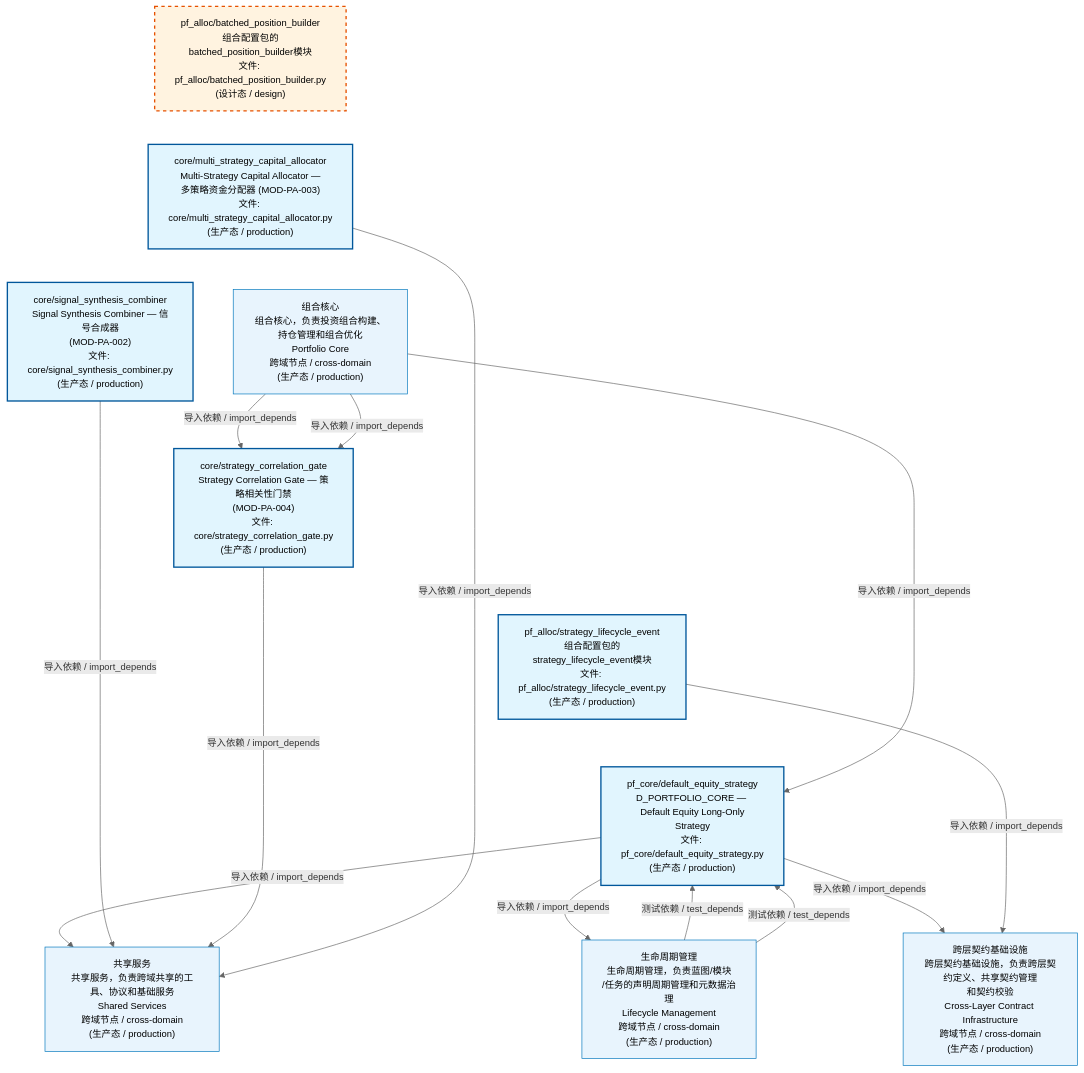
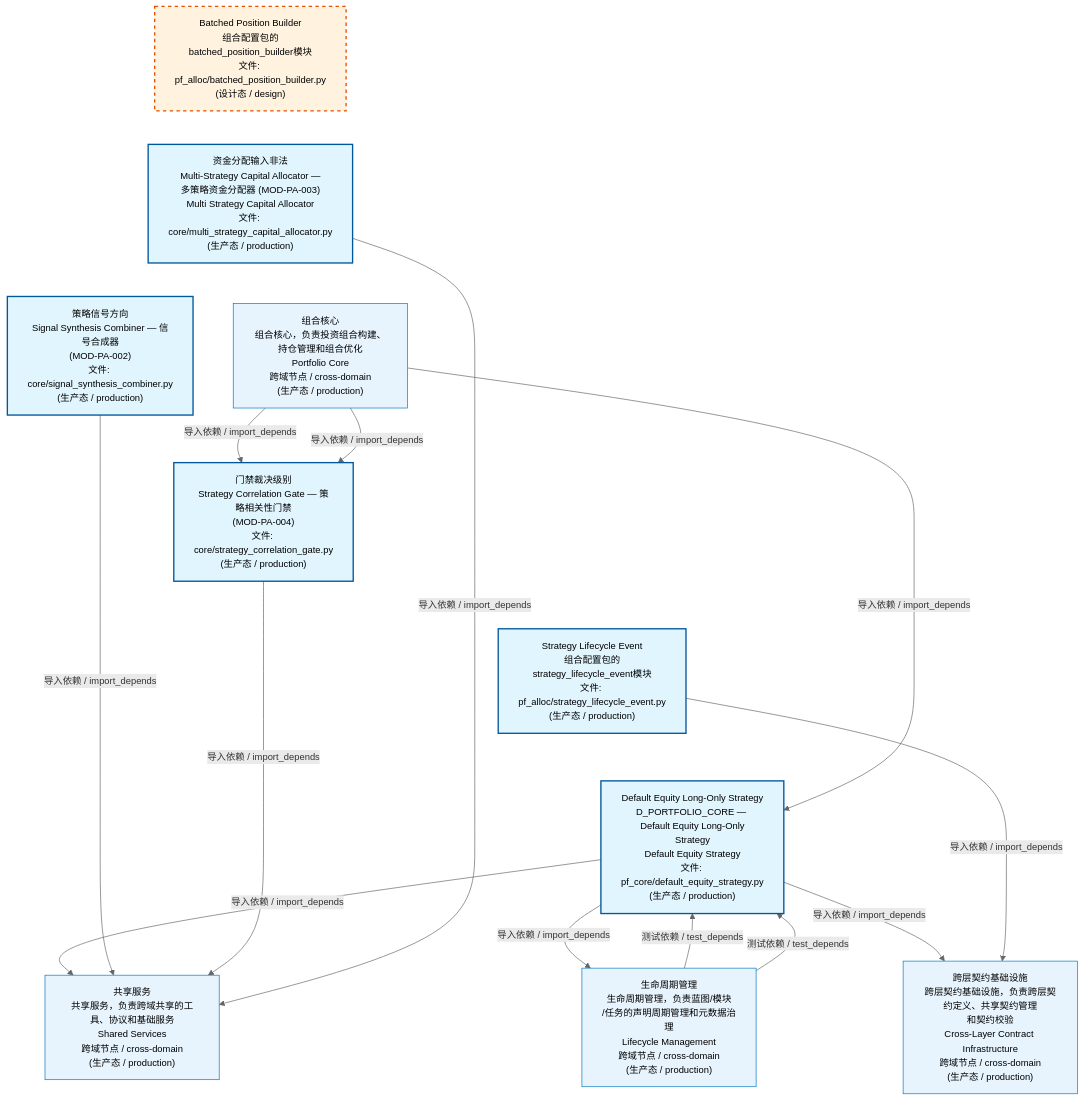
Before and after one commit to xuanFelixVan/ZephyrAlpha: the first of 4 diagrams in docs/02_enterprise_architecture/02_domain_architecture_docs/62_d_pf_alloc.md, drawn with Mermaid. The commit also changed other lines of this file and 58 other files, not shown here.

````diff
--- a/docs/02_enterprise_architecture/02_domain_architecture_docs/62_d_pf_alloc.md
+++ b/docs/02_enterprise_architecture/02_domain_architecture_docs/62_d_pf_alloc.md
@@ -53,38 +53,38 @@
 ```mermaid
 %%{init: {'theme': 'base', 'themeVariables': {'primaryColor': '#eaeaea', 'primaryTextColor': '#333333', 'primaryBorderColor': '#666666', 'lineColor': '#666666', 'secondaryColor': '#eaeaea', 'tertiaryColor': '#eaeaea', 'fontSize': '14px'}}}%%
 flowchart TD
-    src_zephyr_pf_alloc_batched_position_builder_py["pf_alloc/batched_position_builder<br/>组合配置包的batched_position_builder模块<br/>文件: pf_alloc/batched_position_builder.py<br/>(设计态 / design)"]
-    src_zephyr_pf_alloc_core_multi_strategy_capital_allocator_py["core/multi_strategy_capital_allocator<br/>Multi-Strategy Capital Allocator —<br/>多策略资金分配器 (MOD-PA-003)<br/>文件: core/multi_strategy_capital_allocator.py<br/>(生产态 / production)"]
-    src_zephyr_pf_alloc_core_signal_synthesis_combiner_py["core/signal_synthesis_combiner<br/>Signal Synthesis Combiner — 信号合成器<br/>(MOD-PA-002)<br/>文件: core/signal_synthesis_combiner.py<br/>(生产态 / production)"]
-    src_zephyr_pf_alloc_core_strategy_correlation_gate_py["core/strategy_correlation_gate<br/>Strategy Correlation Gate — 策略相关性门禁<br/>(MOD-PA-004)<br/>文件: core/strategy_correlation_gate.py<br/>(生产态 / production)"]
-    src_zephyr_pf_alloc_strategy_lifecycle_event_py["pf_alloc/strategy_lifecycle_event<br/>组合配置包的strategy_lifecycle_event模块<br/>文件: pf_alloc/strategy_lifecycle_event.py<br/>(生产态 / production)"]
-    src_zephyr_pf_core_default_equity_strategy_py["pf_core/default_equity_strategy<br/>D_PORTFOLIO_CORE — Default Equity Long-Only<br/>Strategy<br/>文件: pf_core/default_equity_strategy.py<br/>(生产态 / production)"]
+    src_zephyr_pf_alloc_batched_position_builder_py["Batched Position Builder<br/>组合配置包的batched_position_builder模块<br/>文件: pf_alloc/batched_position_builder.py<br/>(设计态 / design)"]
+    src_zephyr_pf_alloc_core_multi_strategy_capital_allocator_py["资金分配输入非法<br/>Multi-Strategy Capital Allocator —<br/>多策略资金分配器 (MOD-PA-003)<br/>Multi Strategy Capital Allocator<br/>文件: core/multi_strategy_capital_allocator.py<br/>(生产态 / production)"]
+    src_zephyr_pf_alloc_core_signal_synthesis_combiner_py["策略信号方向<br/>Signal Synthesis Combiner — 信号合成器<br/>(MOD-PA-002)<br/>文件: core/signal_synthesis_combiner.py<br/>(生产态 / production)"]
+    src_zephyr_pf_alloc_core_strategy_correlation_gate_py["门禁裁决级别<br/>Strategy Correlation Gate — 策略相关性门禁<br/>(MOD-PA-004)<br/>文件: core/strategy_correlation_gate.py<br/>(生产态 / production)"]
+    src_zephyr_pf_alloc_strategy_lifecycle_event_py["Strategy Lifecycle Event<br/>组合配置包的strategy_lifecycle_event模块<br/>文件: pf_alloc/strategy_lifecycle_event.py<br/>(生产态 / production)"]
+    src_zephyr_pf_core_default_equity_strategy_py["Default Equity Long-Only Strategy<br/>D_PORTFOLIO_CORE — Default Equity Long-Only<br/>Strategy<br/>Default Equity Strategy<br/>文件: pf_core/default_equity_strategy.py<br/>(生产态 / production)"]
     src_zephyr_pf_alloc_batched_position_builder_py ~~~ src_zephyr_pf_alloc_core_multi_strategy_capital_allocator_py
     src_zephyr_pf_alloc_core_multi_strategy_capital_allocator_py ~~~ src_zephyr_pf_alloc_core_signal_synthesis_combiner_py
     src_zephyr_pf_alloc_core_signal_synthesis_combiner_py ~~~ src_zephyr_pf_alloc_core_strategy_correlation_gate_py
     src_zephyr_pf_alloc_core_strategy_correlation_gate_py ~~~ src_zephyr_pf_alloc_strategy_lifecycle_event_py
     src_zephyr_pf_alloc_strategy_lifecycle_event_py ~~~ src_zephyr_pf_core_default_equity_strategy_py
     D_SHARED["共享服务<br/>共享服务，负责跨域共享的工具、协议和基础服务<br/>Shared Services<br/>跨域节点 / cross-domain<br/>(生产态 / production)"]
     src_zephyr_pf_core_default_equity_strategy_py -->|导入依赖 / import_depends| D_SHARED
     src_zephyr_pf_alloc_core_signal_synthesis_combiner_py -->|导入依赖 / import_depends| D_SHARED
     D_GOVERNANCE["生命周期管理<br/>生命周期管理，负责蓝图/模块<br/>/任务的声明周期管理和元数据治理<br/>Lifecycle Management<br/>跨域节点 / cross-domain<br/>(生产态 / production)"]
     src_zephyr_pf_core_default_equity_strategy_py -->|导入依赖 / import_depends| D_GOVERNANCE
     src_zephyr_pf_alloc_core_strategy_correlation_gate_py -->|导入依赖 / import_depends| D_SHARED
     src_zephyr_pf_alloc_core_multi_strategy_capital_allocator_py -->|导入依赖 / import_depends| D_SHARED
     D_INFRASTRUCTURE["跨层契约基础设施<br/>跨层契约基础设施，负责跨层契约定义、共享契约管理<br/>和契约校验<br/>Cross-Layer Contract Infrastructure<br/>跨域节点 / cross-domain<br/>(生产态 / production)"]
     src_zephyr_pf_core_default_equity_strategy_py -->|导入依赖 / import_depends| D_INFRASTRUCTURE
     src_zephyr_pf_alloc_strategy_lifecycle_event_py -->|导入依赖 / import_depends| D_INFRASTRUCTURE
     D_PF_CORE["组合核心<br/>组合核心，负责投资组合构建、持仓管理和组合优化<br/>Portfolio Core<br/>跨域节点 / cross-domain<br/>(生产态 / production)"]
     D_PF_CORE -->|导入依赖 / import_depends| src_zephyr_pf_alloc_core_strategy_correlation_gate_py
     D_GOVERNANCE -->|测试依赖 / test_depends| src_zephyr_pf_core_default_equity_strategy_py
     D_GOVERNANCE -->|测试依赖 / test_depends| src_zephyr_pf_core_default_equity_strategy_py
     D_PF_CORE -->|导入依赖 / import_depends| src_zephyr_pf_alloc_core_strategy_correlation_gate_py
     D_PF_CORE -->|导入依赖 / import_depends| src_zephyr_pf_core_default_equity_strategy_py
     classDef production fill:#e1f5fe,stroke:#01579b,stroke-width:2px,color:#000
     classDef design fill:#fff3e0,stroke:#e65100,stroke-width:2px,color:#000,stroke-dasharray: 5 5
     classDef external_prod fill:#e8f4fd,stroke:#0277bd,stroke-width:1px,color:#000
     classDef external_design fill:#fff8e7,stroke:#ef6c00,stroke-width:1px,color:#000,stroke-dasharray: 5 5
     class src_zephyr_pf_alloc_core_multi_strategy_capital_allocator_py,src_zephyr_pf_alloc_core_signal_synthesis_combiner_py,src_zephyr_pf_alloc_core_strategy_correlation_gate_py,src_zephyr_pf_alloc_strategy_lifecycle_event_py,src_zephyr_pf_core_default_equity_strategy_py production
     class src_zephyr_pf_alloc_batched_position_builder_py design
     class D_SHARED,D_GOVERNANCE,D_INFRASTRUCTURE,D_PF_CORE external_prod
 ```
````
